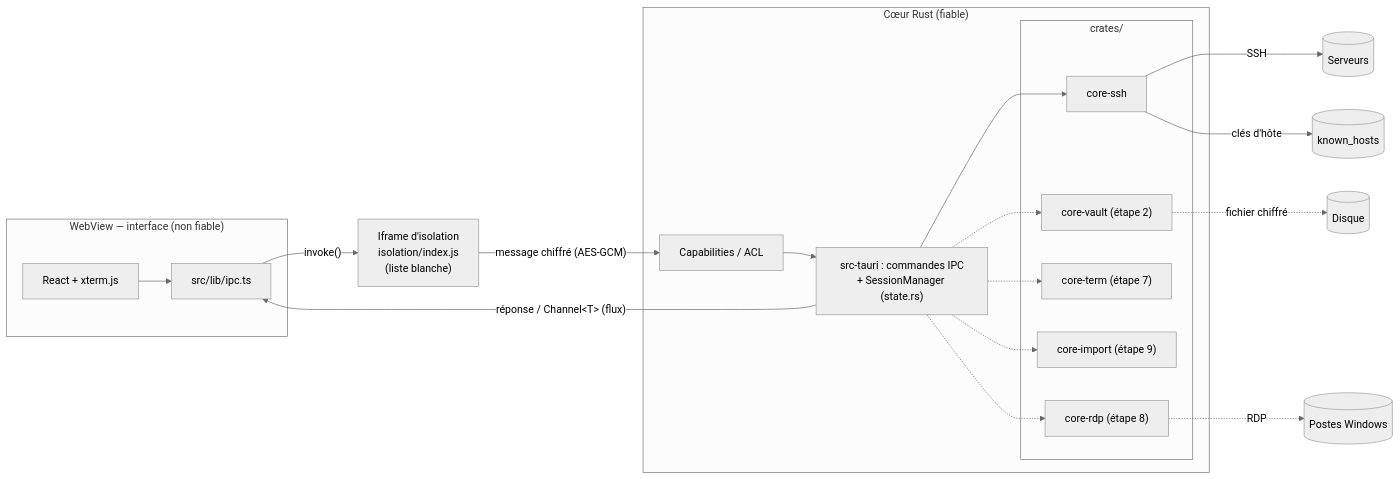
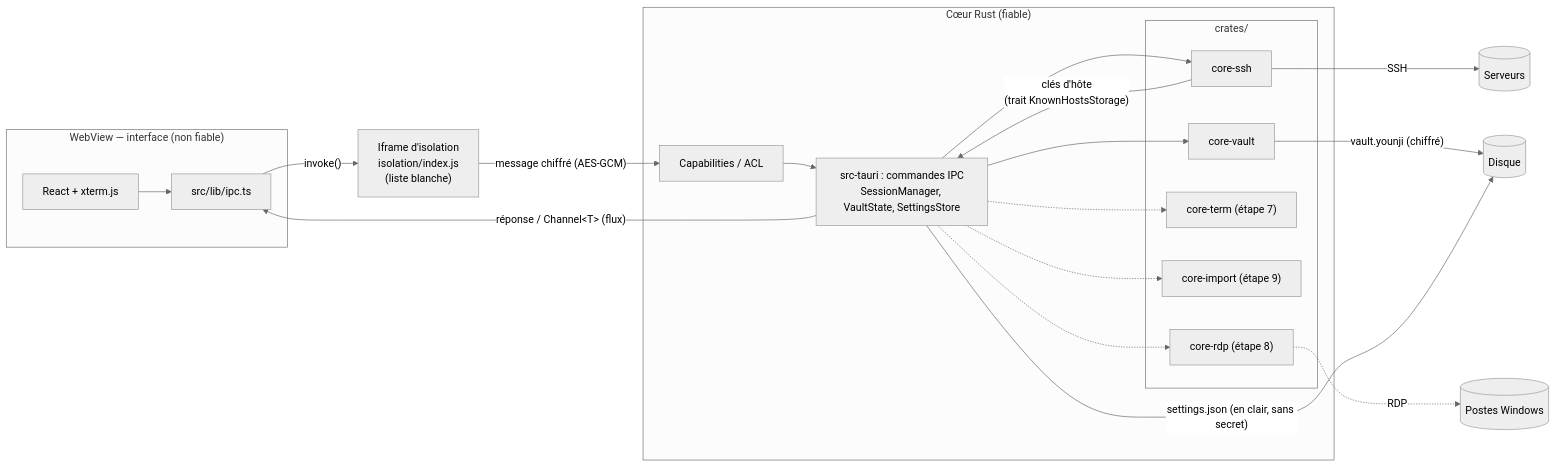
Before and after one commit to mlft9/vigie: the first of 4 diagrams in docs/ARCHITECTURE.md, drawn with Mermaid (neutral theme). The commit also changed other lines of this file and 3 other files, not shown here.

First line of the commit message:
docs: documente l'étape 2 (architecture, ADR-026 à 030, changelog)

````diff
--- a/docs/ARCHITECTURE.md
+++ b/docs/ARCHITECTURE.md
@@ -11,30 +11,31 @@
 ```mermaid
 flowchart LR
     subgraph WebView["WebView — interface (non fiable)"]
         UI[React + xterm.js]
         IPCJS[src/lib/ipc.ts]
         UI --> IPCJS
     end
     ISO["Iframe d'isolation<br/>isolation/index.js<br/>(liste blanche)"]
     subgraph Core["Cœur Rust (fiable)"]
         ACL[Capabilities / ACL]
-        CMD["src-tauri : commandes IPC<br/>+ SessionManager (state.rs)"]
+        CMD["src-tauri : commandes IPC<br/>SessionManager, VaultState, SettingsStore"]
         ACL --> CMD
         subgraph Crates["crates/"]
             SSH[core-ssh]
-            VAULT["core-vault (étape 2)"]
+            VAULT[core-vault]
             TERM["core-term (étape 7)"]
             IMP["core-import (étape 9)"]
             RDP["core-rdp (étape 8)"]
         end
-        CMD --> SSH
-        CMD -.-> VAULT & TERM & IMP & RDP
+        CMD --> SSH & VAULT
+        CMD -.-> TERM & IMP & RDP
+        SSH -- "clés d'hôte<br/>(trait KnownHostsStorage)" --> CMD
     end
     IPCJS -- "invoke()" --> ISO
     ISO -- "message chiffré (AES-GCM)" --> ACL
     CMD -- "réponse / Channel&lt;T&gt; (flux)" --> IPCJS
     SSH -- SSH --> SRV[(Serveurs)]
-    SSH -- "clés d'hôte" --> KH[(known_hosts)]
+    VAULT -- "vault.younji (chiffré)" --> DISK[(Disque)]
+    CMD -- "settings.json (en clair, sans secret)" --> DISK
     RDP -. RDP .-> WIN[(Postes Windows)]
-    VAULT -. "fichier chiffré" .-> DISK[(Disque)]
 ```
````
